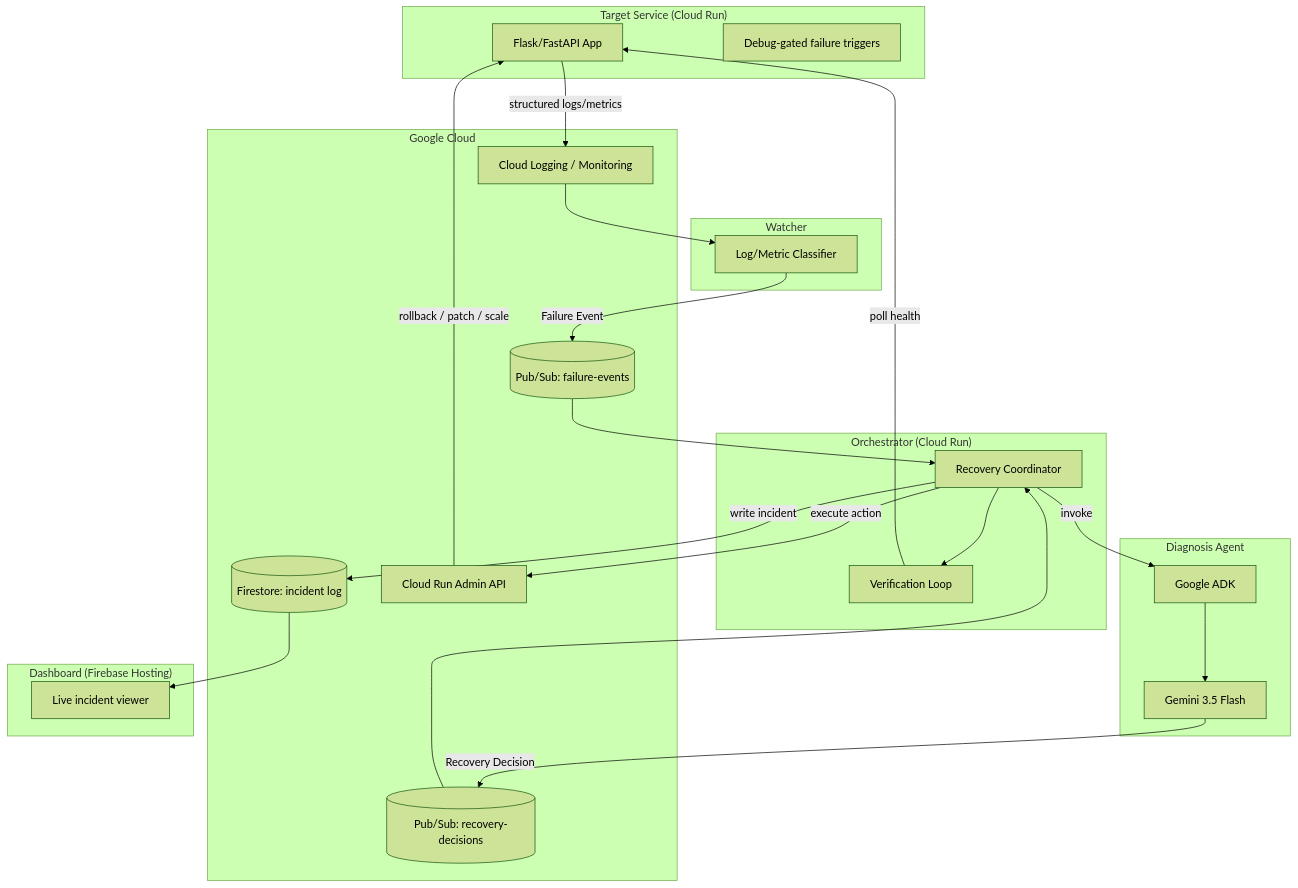
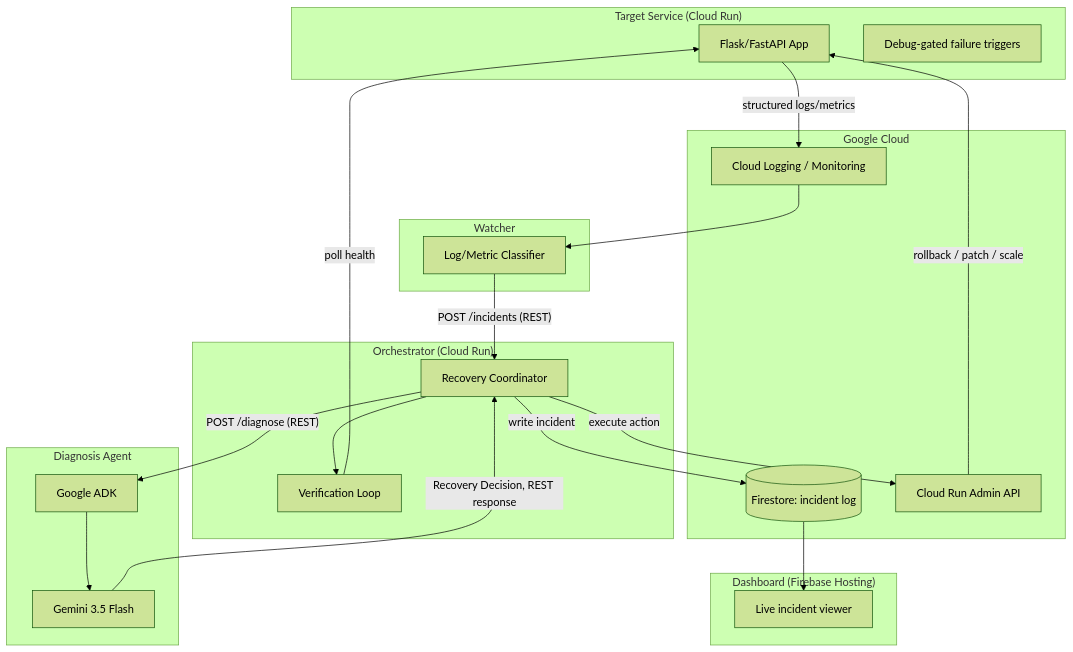
One commit to MdHananSjd/AutoMend changed the first of 2 diagrams in README.md. Above: the diagram before and after it, drawn with Mermaid (forest theme). The commit also changed other lines of this file, not shown here.

Commit message:
architecture updates

````diff
--- a/README.md
+++ b/README.md
@@ -37,48 +37,44 @@
 ```mermaid
 flowchart TD
     subgraph Target["Target Service (Cloud Run)"]
         TS[Flask/FastAPI App]
         DBG[Debug-gated failure triggers]
     end
 
     subgraph WatcherBox["Watcher"]
         W[Log/Metric Classifier]
     end
 
     subgraph Diagnosis["Diagnosis Agent"]
         ADK[Google ADK]
         GEM[Gemini 3.5 Flash]
     end
 
     subgraph Orchestrator["Orchestrator (Cloud Run)"]
         ORC[Recovery Coordinator]
         VER[Verification Loop]
     end
 
     subgraph GCP["Google Cloud"]
         LOG[Cloud Logging / Monitoring]
-        PS1[(Pub/Sub: failure-events)]
-        PS2[(Pub/Sub: recovery-decisions)]
         FS[(Firestore: incident log)]
         ADMIN[Cloud Run Admin API]
     end
 
     subgraph Dashboard["Dashboard (Firebase Hosting)"]
         UI[Live incident viewer]
     end
 
     TS -->|structured logs/metrics| LOG
     LOG --> W
-    W -->|Failure Event| PS1
-    PS1 --> ORC
-    ORC -->|invoke| ADK
+    W -->|"POST /incidents (REST)"| ORC
+    ORC -->|"POST /diagnose (REST)"| ADK
     ADK --> GEM
-    GEM -->|Recovery Decision| PS2
-    PS2 --> ORC
+    GEM -->|Recovery Decision, REST response| ORC
     ORC -->|execute action| ADMIN
     ADMIN -->|rollback / patch / scale| TS
     ORC --> VER
     VER -->|poll health| TS
     ORC -->|write incident| FS
     FS --> UI
 ```
````
